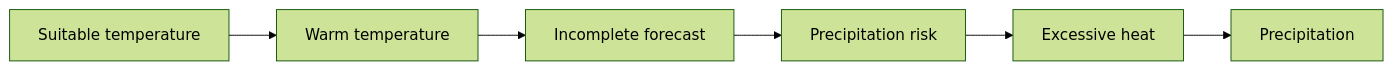
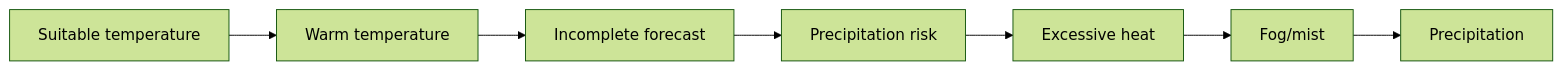
Before and after one commit to TimVdWalle/can-i-wear: the third of 7 diagrams in docs/IMPLEMENTED_RULES_FLOWCHARTS.md, drawn with Mermaid (forest theme). The commit also changed other lines of this file and 31 other files, not shown here.

````diff
--- a/docs/IMPLEMENTED_RULES_FLOWCHARTS.md
+++ b/docs/IMPLEMENTED_RULES_FLOWCHARTS.md
@@ -110,4 +113,4 @@
 ```mermaid
 flowchart LR
-    A["Suitable temperature"] --> B["Warm temperature"] --> C["Incomplete forecast"] --> D["Precipitation risk"] --> E["Excessive heat"] --> F["Precipitation"]
+    A["Suitable temperature"] --> B["Warm temperature"] --> C["Incomplete forecast"] --> D["Precipitation risk"] --> E["Excessive heat"] --> F["Fog/mist"] --> G["Precipitation"]
 ```
````
